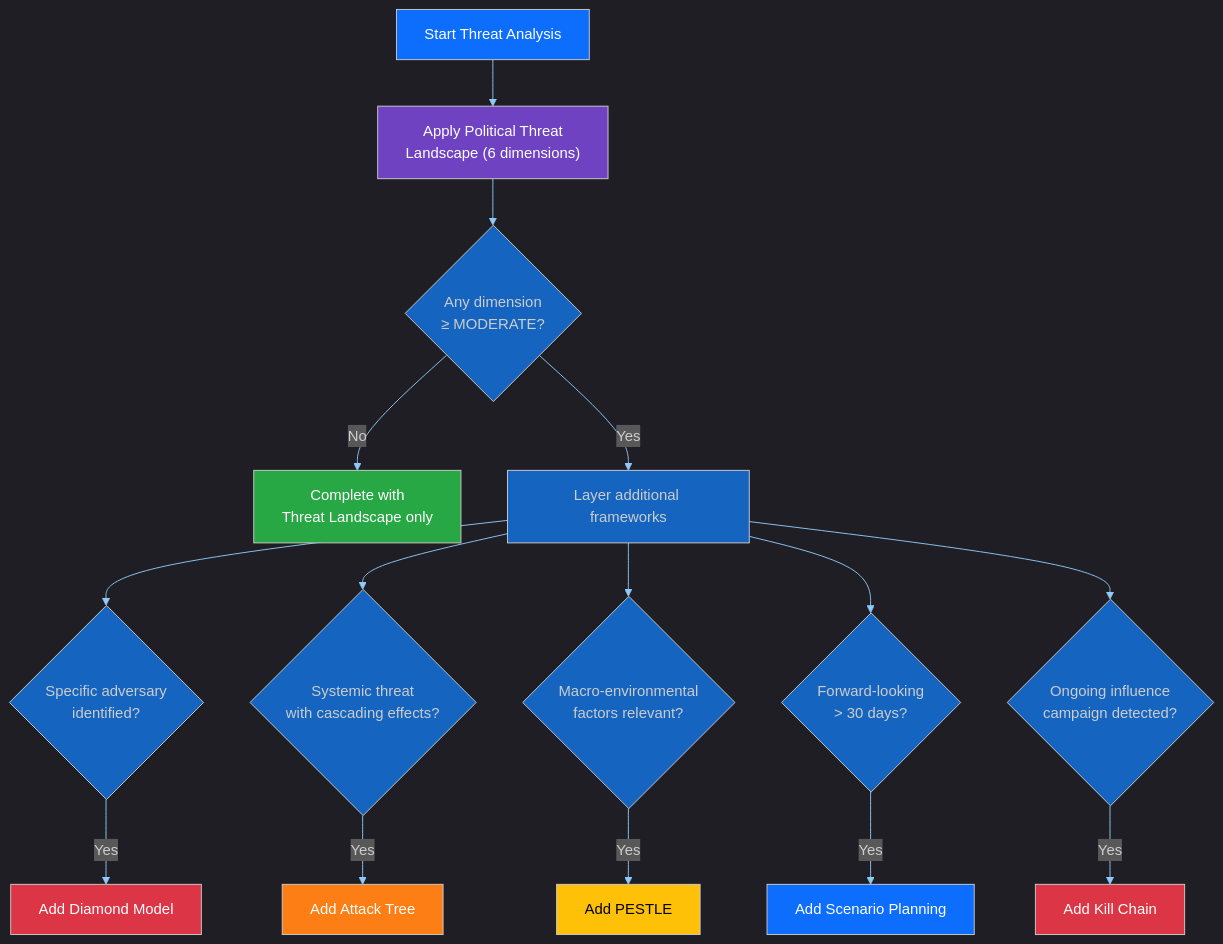
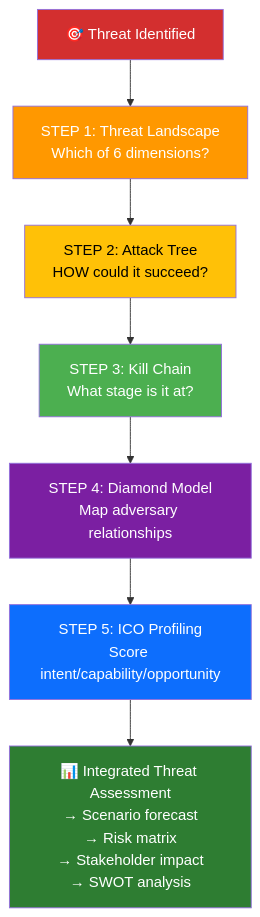
The seventh of 8 diagrams in analysis/methodologies/political-threat-framework.md (Hack23/euparliamentmonitor), drawn with Mermaid before and after one commit. The commit also changed other lines of this file and 49 other files, not shown here.

First line of the commit message:
Remove STRIDE and integrate 5-framework political threat approach from riksdagsmonitor

````diff
--- a/analysis/methodologies/political-threat-framework.md
+++ b/analysis/methodologies/political-threat-framework.md
@@ -377,32 +618,18 @@
 ```mermaid
-%%{init: {"theme":"dark","themeVariables":{"primaryColor":"#1565C0","primaryTextColor":"#ffffff","primaryBorderColor":"#0A3F7F","lineColor":"#90CAF9","secondaryColor":"#2E7D32","secondaryTextColor":"#ffffff","secondaryBorderColor":"#0F3F00","tertiaryColor":"#FF9800","tertiaryTextColor":"#000000","tertiaryBorderColor":"#7F4F00","mainBkg":"#1565C0","secondBkg":"#2E7D32","tertiaryBkg":"#FF9800","noteBkgColor":"#FFC107","noteTextColor":"#000000","noteBorderColor":"#7F6000","errorBkgColor":"#D32F2F","errorTextColor":"#ffffff","fontFamily":"Inter, Helvetica, Arial, sans-serif","pie1":"#1565C0","pie2":"#2E7D32","pie3":"#FF9800","pie4":"#D32F2F","pie5":"#FFC107","pie6":"#7B1FA2","pie7":"#9E9E9E","pie8":"#0288D1","pie9":"#388E3C","pie10":"#F57C00","pie11":"#C62828","pie12":"#FBC02D","pieTitleTextSize":"18px","pieSectionTextSize":"14px","pieLegendTextSize":"13px","pieStrokeColor":"#1e1e1e","pieOuterStrokeColor":"#1e1e1e","git0":"#1565C0","git1":"#2E7D32","git2":"#FF9800","git3":"#D32F2F","gitBranchLabel0":"#ffffff","gitBranchLabel1":"#ffffff","gitBranchLabel2":"#000000","gitBranchLabel3":"#ffffff","cScale0":"#1565C0","cScale1":"#2E7D32","cScale2":"#FF9800","cScale3":"#D32F2F","cScale4":"#FFC107","cScale5":"#7B1FA2","cScale6":"#9E9E9E","cScale7":"#0288D1","xyChart":{"backgroundColor":"#1e1e1e","plotColorPalette":"#1565C0,#2E7D32,#FF9800,#D32F2F,#FFC107,#7B1FA2,#9E9E9E"}}}}%%
-graph TD
-    START["Start Threat Analysis"] --> PTL["Apply Political Threat<br/>Landscape (6 dimensions)"]
-    PTL --> SEV{Any dimension<br/>≥ MODERATE?}
-    SEV -->|No| DONE["Complete with<br/>Threat Landscape only"]
-    SEV -->|Yes| MULTI["Layer additional frameworks"]
+flowchart TD
+    START["🎯 Threat Identified"]
+    START --> STEP1["STEP 1: Threat Landscape<br/>Which of 6 dimensions?"]
+    STEP1 --> STEP2["STEP 2: Attack Tree<br/>HOW could it succeed?"]
+    STEP2 --> STEP3["STEP 3: Kill Chain<br/>What stage is it at?"]
+    STEP3 --> STEP4["STEP 4: Diamond Model<br/>Map adversary relationships"]
+    STEP4 --> STEP5["STEP 5: ICO Profiling<br/>Score intent/capability/opportunity"]
+    STEP5 --> OUTPUT["📊 Integrated Threat Assessment<br/>→ Scenario forecast<br/>→ Risk matrix<br/>→ Stakeholder impact<br/>→ SWOT analysis"]
 
-    MULTI --> ACT{Specific adversary<br/>identified?}
-    ACT -->|Yes| DIAMOND["Add Diamond Model"]
-
-    MULTI --> SYS{Systemic threat<br/>with cascading effects?}
-    SYS -->|Yes| TREE["Add Attack Tree"]
-
-    MULTI --> ME{Macro-environmental<br/>factors relevant?}
-    ME -->|Yes| PEST["Add PESTLE"]
-
-    MULTI --> FW{Forward-looking<br/>> 30 days?}
-    FW -->|Yes| SCEN["Add Scenario Planning"]
-
-    MULTI --> ON{Ongoing influence<br/>campaign detected?}
-    ON -->|Yes| KILL["Add Kill Chain"]
-
-    style START fill:#0d6efd,color:#fff
-    style PTL fill:#6f42c1,color:#fff
-    style DONE fill:#28a745,color:#fff
-    style DIAMOND fill:#dc3545,color:#fff
-    style TREE fill:#fd7e14,color:#fff
-    style PEST fill:#ffc107,color:#000
-    style SCEN fill:#0d6efd,color:#fff
-    style KILL fill:#dc3545,color:#fff
+    style START fill:#D32F2F,color:#fff
+    style STEP1 fill:#FF9800,color:#fff
+    style STEP2 fill:#FFC107,color:#000
+    style STEP3 fill:#4CAF50,color:#fff
+    style STEP4 fill:#7B1FA2,color:#fff
+    style STEP5 fill:#0d6efd,color:#fff
+    style OUTPUT fill:#2E7D32,color:#fff
 ```
````
